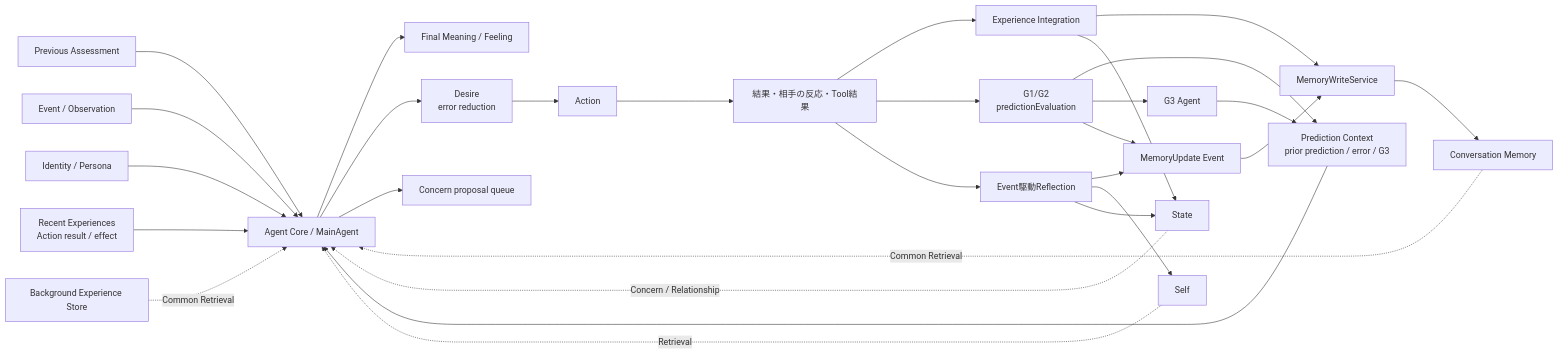
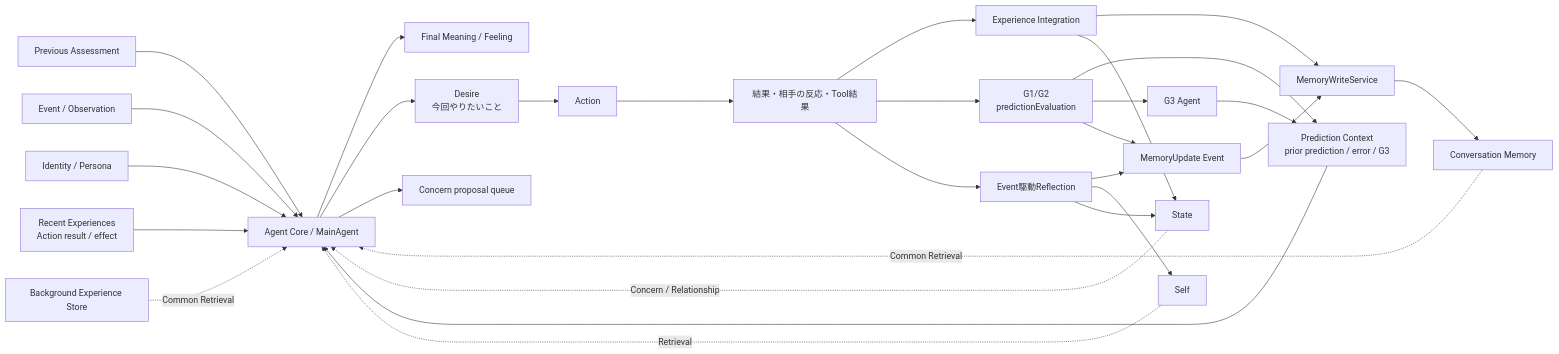
One commit to if001/social_agent changed the first of 8 diagrams in docs/AGENT_MOTIVATION_MODEL.md. Above: the diagram before and after it, drawn with Mermaid. The commit also changed other lines of this file and 7 other files, not shown here.

````diff
--- a/docs/AGENT_MOTIVATION_MODEL.md
+++ b/docs/AGENT_MOTIVATION_MODEL.md
@@ -11,31 +11,31 @@
 ```mermaid
 flowchart LR
     PA[Previous Assessment] --> C
     E[Event / Observation] --> C
     PC[Prediction Context<br/>prior prediction / error / G3] --> C
     ID[Identity / Persona] --> C
     RX[Recent Experiences<br/>Action result / effect] --> C
     C[Agent Core / MainAgent] --> MF[Final Meaning / Feeling]
     S[Self] -. Retrieval .-> C
     ST[State] -. Concern / Relationship .-> C
     M[Conversation Memory] -. Common Retrieval .-> C
     BG[Background Experience Store] -. Common Retrieval .-> C
-    C --> D[Desire<br/>error reduction]
+    C --> D[Desire<br/>今回やりたいこと]
     D --> X[Action]
     C --> Q[Concern proposal queue]
     X --> R[結果・相手の反応・Tool結果]
     R --> EI[Experience Integration]
     EI --> MW[MemoryWriteService]
     EI --> ST
     R --> PE[G1/G2<br/>predictionEvaluation]
     PE --> PC
     PE --> G3[G3 Agent]
     G3 --> PC
     PE --> MU[MemoryUpdate Event]
     MU --> MW[MemoryWriteService]
     MW --> M
     R --> RF[Event駆動Reflection]
     RF --> MU
     RF --> S
     RF --> ST
 ```
````
